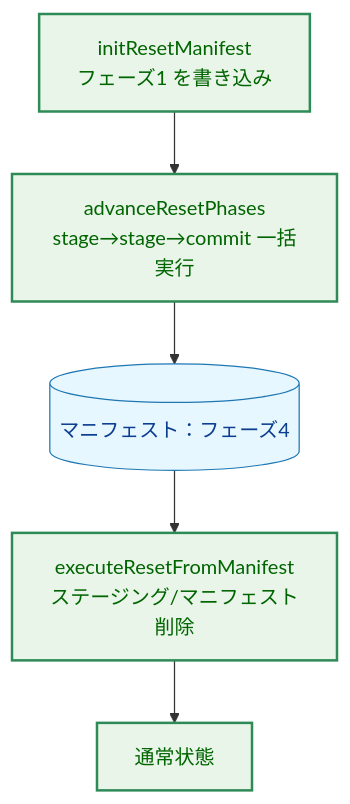
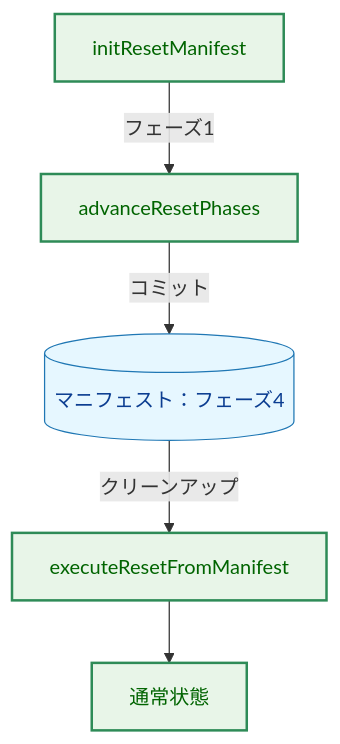
Before and after one commit to isseis/tlsrpt-digest: diagram 13 of 14 in docs/tasks/0080_reset_phase_simplify/02_architecture.ja.md, drawn with Mermaid. The commit also changed other lines of this file, not shown here.

First line of the commit message:
Address architecture review findings for reset phase simplification

````diff
--- a/docs/tasks/0080_reset_phase_simplify/02_architecture.ja.md
+++ b/docs/tasks/0080_reset_phase_simplify/02_architecture.ja.md
@@ -401,14 +410,20 @@
 ```mermaid
 flowchart TD
     classDef enhanced fill:#e8f5e8,stroke:#2e8b57,stroke-width:2px,color:#006400;
     classDef data fill:#e6f7ff,stroke:#1f77b4,stroke-width:1px,color:#0b3d91;
 
-    Init["initResetManifest<br>フェーズ1 を書き込み"] --> Adv["advanceResetPhases<br>stage→stage→commit 一括実行"]
-    Adv --> M4[("マニフェスト：フェーズ4")]
-    M4 --> Clean["executeResetFromManifest<br>ステージング/マニフェスト削除"]
-    Clean --> Done["通常状態"]
+    Init["initResetManifest"]
+    Adv["advanceResetPhases"]
+    M4[("マニフェスト：フェーズ4")]
+    Clean["executeResetFromManifest"]
+    Done["通常状態"]
+
+    Init -->|"フェーズ1"| Adv
+    Adv -->|"コミット"| M4
+    M4 -->|"クリーンアップ"| Clean
+    Clean --> Done
 
     class Init,Adv,Clean enhanced
     class M4 data
     class Done enhanced
 ```
````
